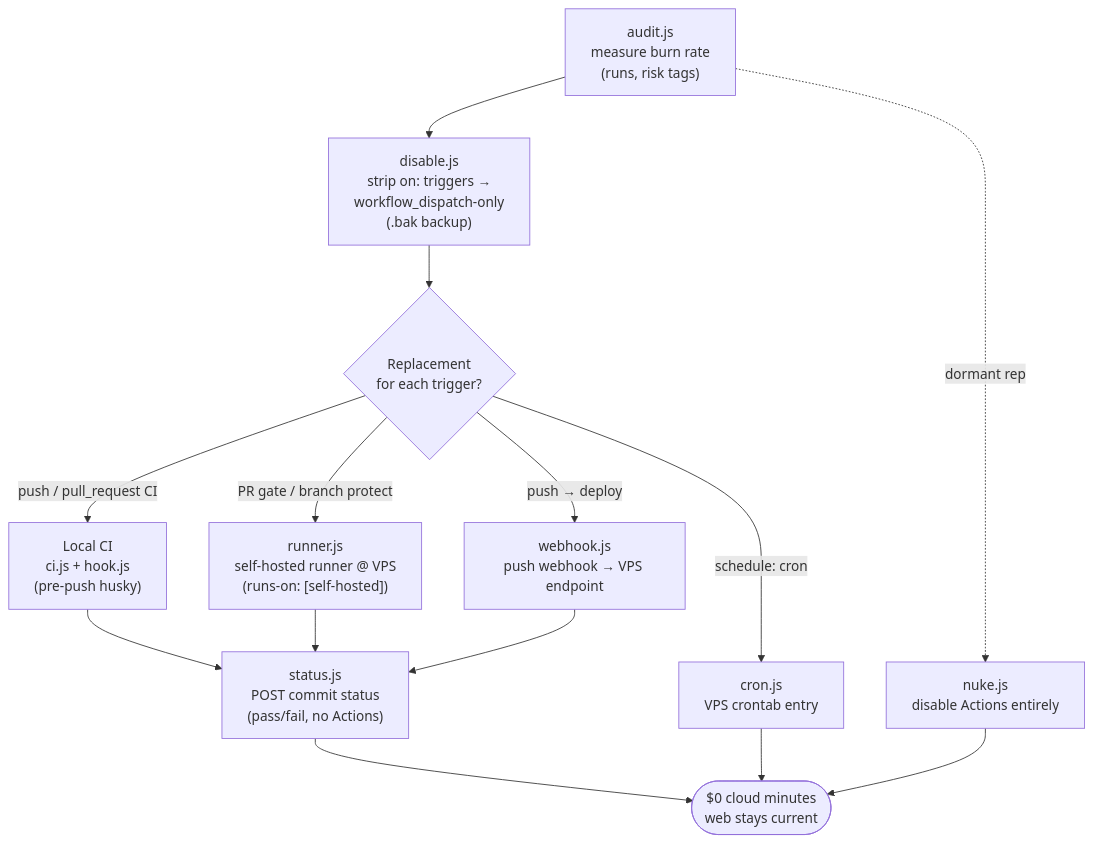
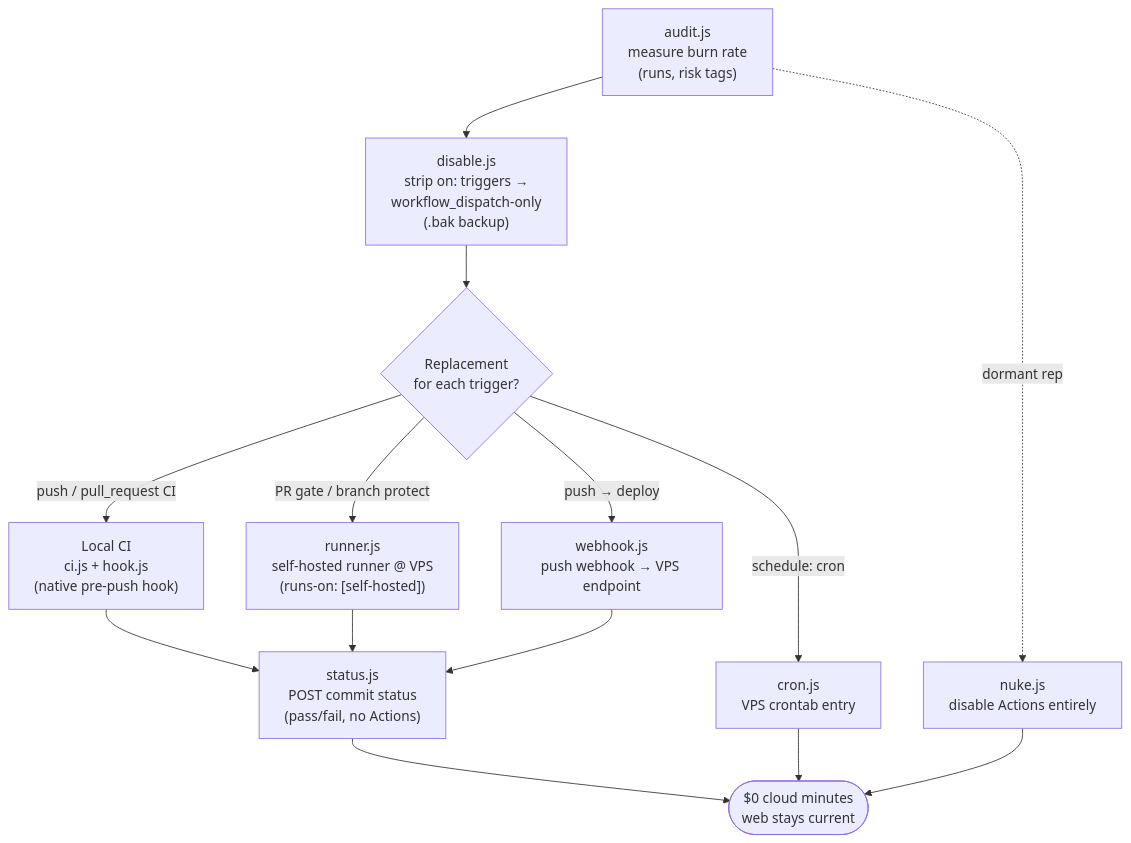
One commit to rahmanef63/si-coder-agent changed the diagram in skills/sc-git/SKILL.md. Above: the diagram before and after it, drawn with Mermaid. The commit also changed other lines of this file and 22 other files, not shown here.

````diff
--- a/skills/sc-git/SKILL.md
+++ b/skills/sc-git/SKILL.md
@@ -136,20 +136,20 @@
 ```mermaid
 flowchart TD
     A["audit.js<br/>measure burn rate<br/>(runs, risk tags)"] --> B["disable.js<br/>strip on: triggers →<br/>workflow_dispatch-only<br/>(.bak backup)"]
     B --> C{Replacement<br/>for each trigger?}
 
-    C -->|push / pull_request CI| D["Local CI<br/>ci.js + hook.js<br/>(pre-push husky)"]
+    C -->|push / pull_request CI| D["Local CI<br/>ci.js + hook.js<br/>(native pre-push hook)"]
     C -->|PR gate / branch protect| E["runner.js<br/>self-hosted runner @ VPS<br/>(runs-on: [self-hosted])"]
     C -->|schedule: cron| F["cron.js<br/>VPS crontab entry"]
     C -->|push → deploy| G["webhook.js<br/>push webhook → VPS endpoint"]
 
     D --> H["status.js<br/>POST commit status<br/>(pass/fail, no Actions)"]
     E --> H
     G --> H
 
     A -.dormant repo.-> N["nuke.js<br/>disable Actions entirely"]
 
     H --> Z(["$0 cloud minutes<br/>web stays current"])
     F --> Z
     N --> Z
 ```
````
